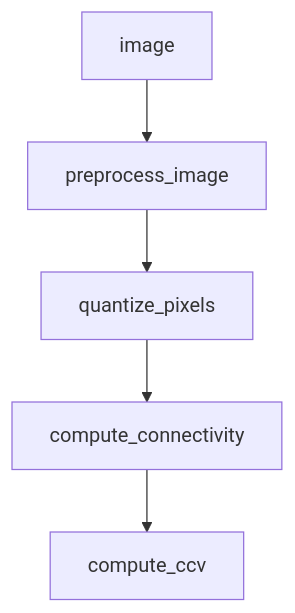
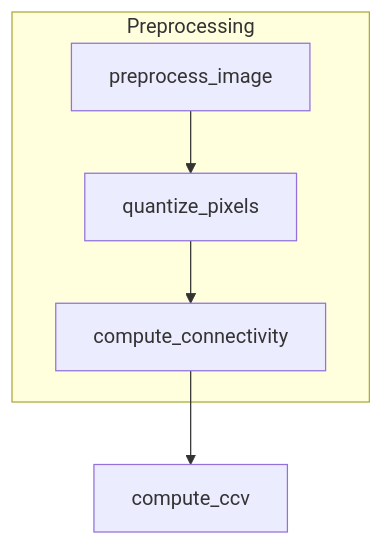
The diagram in pseudocode.md (Benny-Nottonson/multilingualColorCoherenceVectors), drawn with Mermaid before and after one commit.

````diff
--- a/pseudocode.md
+++ b/pseudocode.md
@@ -25,7 +25,8 @@
 ```mermaid
 graph TD;
-    image --> preprocess_image;
-    preprocess_image --> quantize_pixels;
-    quantize_pixels --> compute_connectivity;
-    compute_connectivity --> compute_ccv;
+    subgraph Preprocessing
+        preprocess_image --> quantize_pixels
+        quantize_pixels --> compute_connectivity
+    end
+    compute_connectivity --> compute_ccv
 ```
````
